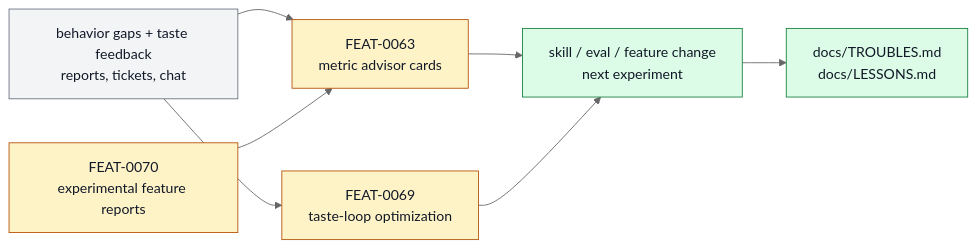
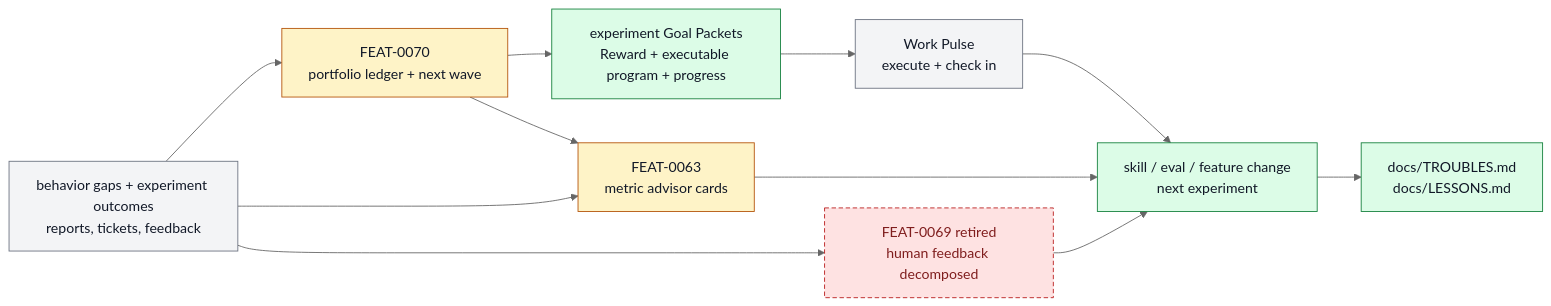
Before and after one commit to ZanarkandTechnologies/Farplane: the diagram in docs/systems/self-improvement-learning.md, drawn with Mermaid (neutral theme). The commit also changed other lines of this file and 84 other files, not shown here.

````diff
--- a/docs/systems/self-improvement-learning.md
+++ b/docs/systems/self-improvement-learning.md
@@ -94,19 +104,22 @@
 ```mermaid
 flowchart LR
   classDef keep fill:#f3f4f6,stroke:#6b7280,color:#111827
   classDef changed fill:#fef3c7,stroke:#b45309,color:#111827
   classDef added fill:#dcfce7,stroke:#15803d,color:#111827
   classDef retired fill:#fee2e2,stroke:#b91c1c,color:#7f1d1d,stroke-dasharray: 5 3
 
-  signals["behavior gaps + taste feedback<br/>reports, tickets, chat"]:::keep
+  signals["behavior gaps + experiment outcomes<br/>reports, tickets, feedback"]:::keep
   metrics["FEAT-0063<br/>metric advisor cards"]:::changed
-  taste["FEAT-0069<br/>taste-loop optimization"]:::changed
-  dogfood["FEAT-0070<br/>experimental feature reports"]:::changed
+  taste["FEAT-0069 retired<br/>human feedback decomposed"]:::retired
+  dogfood["FEAT-0070<br/>portfolio ledger + next wave"]:::changed
+  packet["experiment Goal Packets<br/>Reward + executable program + progress"]:::added
+  pulse["Work Pulse<br/>execute + check in"]:::keep
   memory["docs/TROUBLES.md<br/>docs/LESSONS.md"]:::added
   action["skill / eval / feature change<br/>next experiment"]:::added
 
+  signals --> dogfood --> packet --> pulse --> action
   signals --> metrics --> action
   signals --> taste --> action
   dogfood --> metrics
   action --> memory
 ```
````
